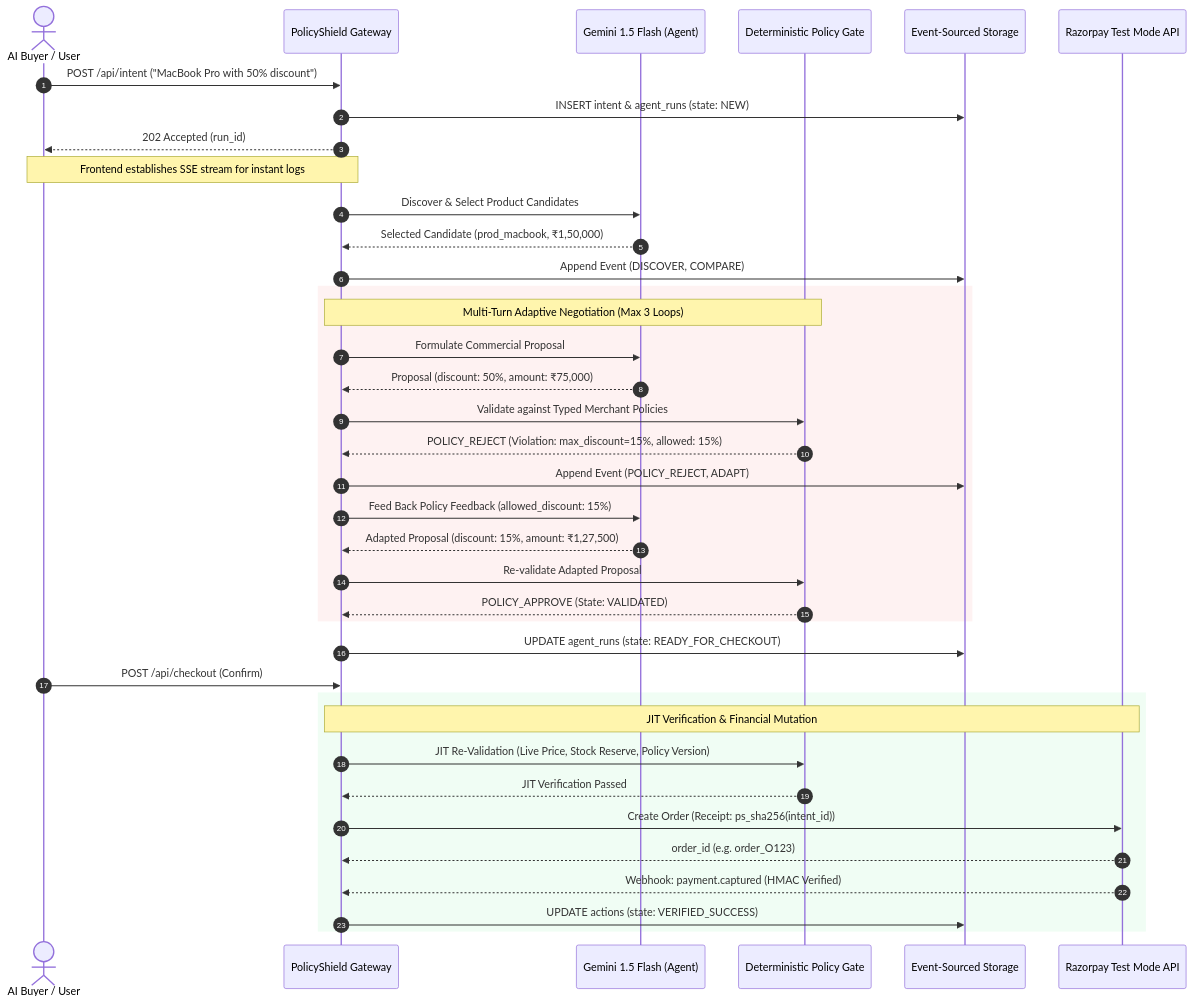
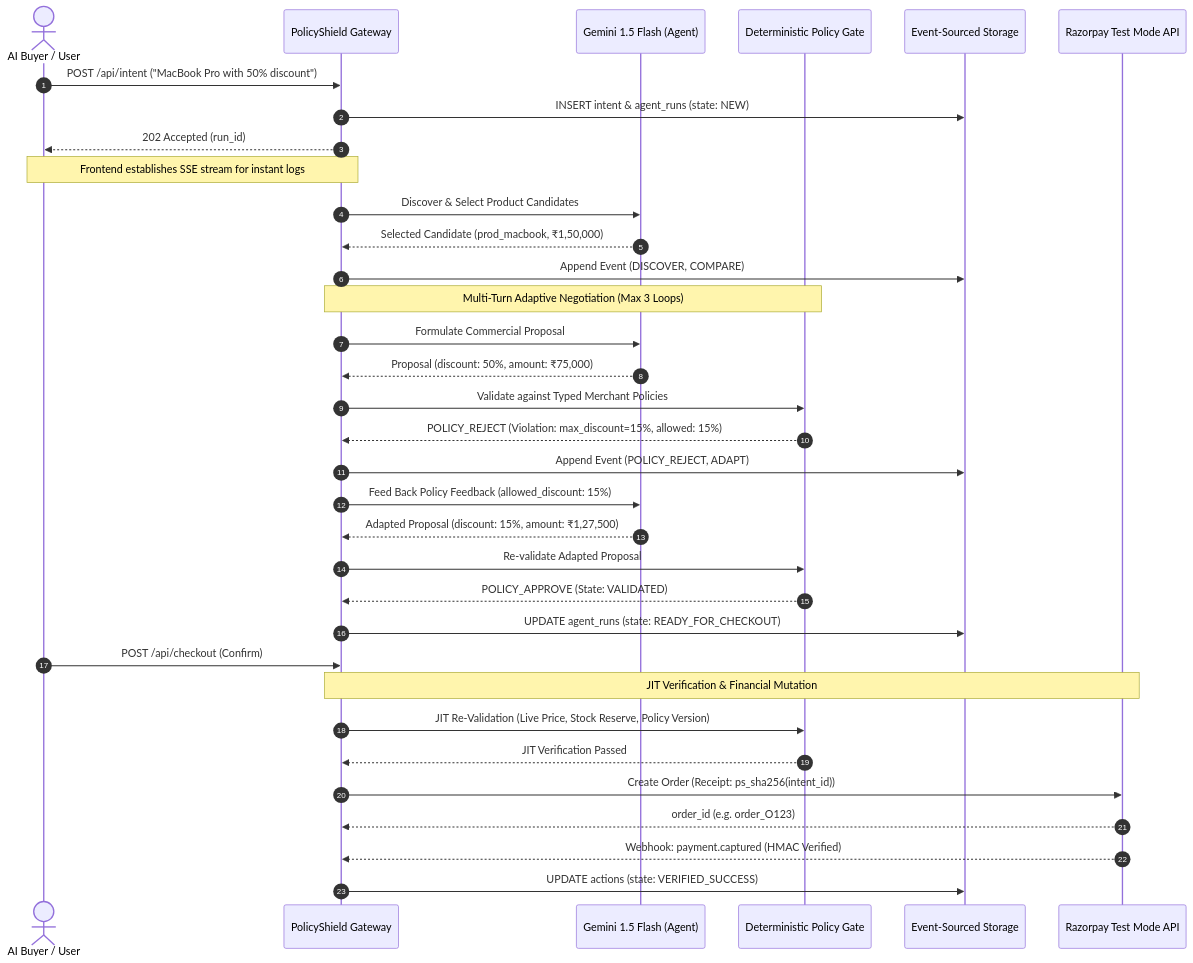
One commit to Tanish9022/PolicyShield changed the second of 2 diagrams in README.md. Above: the diagram before and after it, drawn with Mermaid. The commit also changed other lines of this file and 7 other files, not shown here.

Commit message:
fix(core): generate razorpay orders on approval/checkout, make web ui responsive, style architecture diagrams for dark mode, and polish standalone product readme

````diff
--- a/README.md
+++ b/README.md
@@ -166,45 +166,41 @@
 ```mermaid
 sequenceDiagram
     autonumber
     actor Buyer as AI Buyer / User
     participant Gateway as PolicyShield Gateway
     participant Gemini as Gemini 1.5 Flash (Agent)
     participant Gate as Deterministic Policy Gate
     participant DB as Event-Sourced Storage
     participant Razorpay as Razorpay Test Mode API
 
     Buyer->>Gateway: POST /api/intent ("MacBook Pro with 50% discount")
     Gateway->>DB: INSERT intent & agent_runs (state: NEW)
     Gateway-->>Buyer: 202 Accepted (run_id)
     Note over Buyer,Gateway: Frontend establishes SSE stream for instant logs
 
     Gateway->>Gemini: Discover & Select Product Candidates
     Gemini-->>Gateway: Selected Candidate (prod_macbook, ₹1,50,000)
     Gateway->>DB: Append Event (DISCOVER, COMPARE)
 
-    rect rgb(254, 242, 242)
-        Note over Gateway,Gate: Multi-Turn Adaptive Negotiation (Max 3 Loops)
-        Gateway->>Gemini: Formulate Commercial Proposal
-        Gemini-->>Gateway: Proposal (discount: 50%, amount: ₹75,000)
-        Gateway->>Gate: Validate against Typed Merchant Policies
-        Gate-->>Gateway: POLICY_REJECT (Violation: max_discount=15%, allowed: 15%)
-        Gateway->>DB: Append Event (POLICY_REJECT, ADAPT)
-        Gateway->>Gemini: Feed Back Policy Feedback (allowed_discount: 15%)
-        Gemini-->>Gateway: Adapted Proposal (discount: 15%, amount: ₹1,27,500)
-        Gateway->>Gate: Re-validate Adapted Proposal
-        Gate-->>Gateway: POLICY_APPROVE (State: VALIDATED)
-    end
+    Note over Gateway,Gate: Multi-Turn Adaptive Negotiation (Max 3 Loops)
+    Gateway->>Gemini: Formulate Commercial Proposal
+    Gemini-->>Gateway: Proposal (discount: 50%, amount: ₹75,000)
+    Gateway->>Gate: Validate against Typed Merchant Policies
+    Gate-->>Gateway: POLICY_REJECT (Violation: max_discount=15%, allowed: 15%)
+    Gateway->>DB: Append Event (POLICY_REJECT, ADAPT)
+    Gateway->>Gemini: Feed Back Policy Feedback (allowed_discount: 15%)
+    Gemini-->>Gateway: Adapted Proposal (discount: 15%, amount: ₹1,27,500)
+    Gateway->>Gate: Re-validate Adapted Proposal
+    Gate-->>Gateway: POLICY_APPROVE (State: VALIDATED)
 
     Gateway->>DB: UPDATE agent_runs (state: READY_FOR_CHECKOUT)
     Buyer->>Gateway: POST /api/checkout (Confirm)
     
-    rect rgb(240, 253, 244)
-        Note over Gateway,Razorpay: JIT Verification & Financial Mutation
-        Gateway->>Gate: JIT Re-Validation (Live Price, Stock Reserve, Policy Version)
-        Gate-->>Gateway: JIT Verification Passed
-        Gateway->>Razorpay: Create Order (Receipt: ps_sha256(intent_id))
-        Razorpay-->>Gateway: order_id (e.g. order_O123)
-        Razorpay-->>Gateway: Webhook: payment.captured (HMAC Verified)
-        Gateway->>DB: UPDATE actions (state: VERIFIED_SUCCESS)
-    end
+    Note over Gateway,Razorpay: JIT Verification & Financial Mutation
+    Gateway->>Gate: JIT Re-Validation (Live Price, Stock Reserve, Policy Version)
+    Gate-->>Gateway: JIT Verification Passed
+    Gateway->>Razorpay: Create Order (Receipt: ps_sha256(intent_id))
+    Razorpay-->>Gateway: order_id (e.g. order_O123)
+    Razorpay-->>Gateway: Webhook: payment.captured (HMAC Verified)
+    Gateway->>DB: UPDATE actions (state: VERIFIED_SUCCESS)
 ```
````
